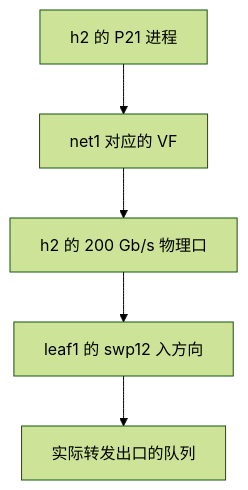
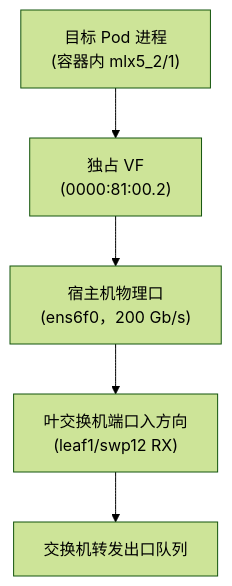
Before and after one commit to realtyz/ops-manual: the diagram in AI-Infra/17_把设备、网络与作业状态联系起来/04_网卡、交换机与存储的时间窗证据.md, drawn with Mermaid (forest theme). The commit also changed other lines of this file and 194 other files, not shown here.

````diff
--- a/AI-Infra/17_把设备、网络与作业状态联系起来/04_网卡、交换机与存储的时间窗证据.md
+++ b/AI-Infra/17_把设备、网络与作业状态联系起来/04_网卡、交换机与存储的时间窗证据.md
@@ -14,7 +38,8 @@
 ```mermaid
 flowchart TB
-    R["h2 的 P21 进程"] --> V["net1 对应的 VF"]
-    V --> F["h2 的 200 Gb/s 物理口"]
-    F --> L["leaf1 的 swp12 入方向"]
-    L --> Q["实际转发出口的队列"]
+    accDescr: 目标节点上的容器进程通过附加网口 net1 对应的 VF 与宿主机 200 Gb/s 物理口发送数据，进入相邻叶交换机端口的入方向并排队转发。
+    R["目标 Pod 进程<br/>(容器内 mlx5_2/1)"] --> V["独占 VF<br/>(0000:81:00.2)"]
+    V --> F["宿主机物理口<br/>(ens6f0，200 Gb/s)"]
+    F --> L["叶交换机端口入方向<br/>(leaf1/swp12 RX)"]
+    L --> Q["交换机转发出口队列"]
 ```
````
